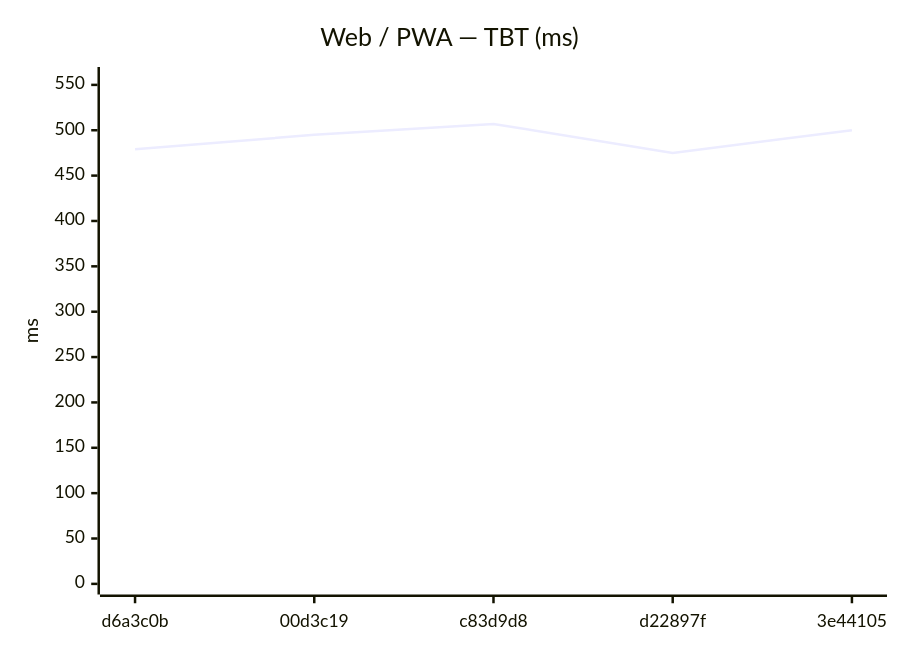
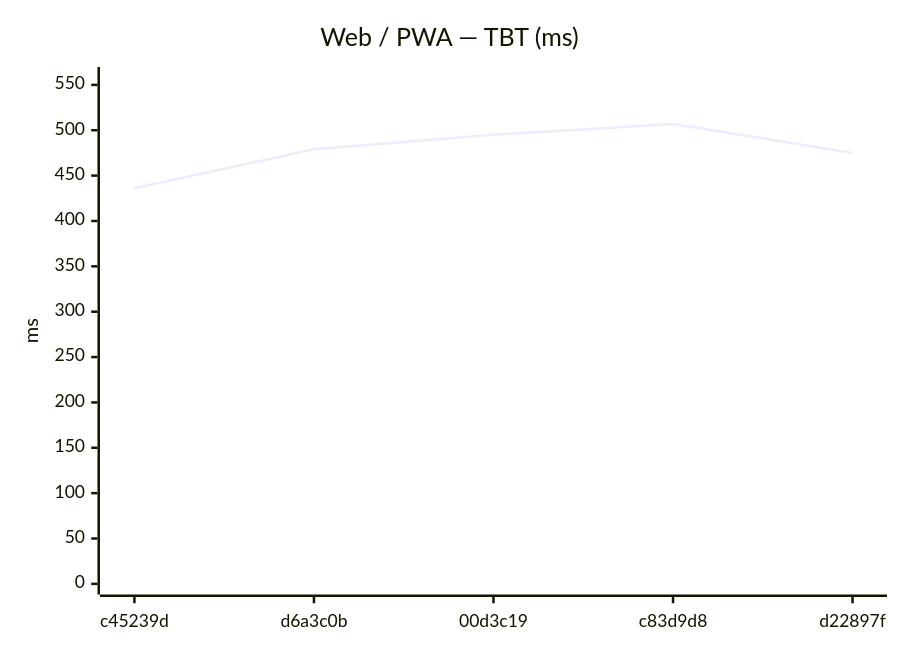
The eighth of 18 diagrams in benchmarks/compare.md (Metaheurist/Rianell), drawn with Mermaid before and after one commit. The commit also changed other lines of this file and 11 other files, not shown here.

````diff
--- a/benchmarks/compare.md
+++ b/benchmarks/compare.md
@@ -124,7 +124,7 @@
 ```mermaid
 xychart-beta
     title "Web / PWA — TBT (ms)"
-    x-axis ["d6a3c0b", "00d3c19", "c83d9d8", "d22897f", "3e44105"]
+    x-axis ["c45239d", "d6a3c0b", "00d3c19", "c83d9d8", "d22897f"]
     y-axis "ms" 0 --> 558
-    line [479, 495, 507, 475, 500]
+    line [436, 479, 495, 507, 475]
 ```
````
